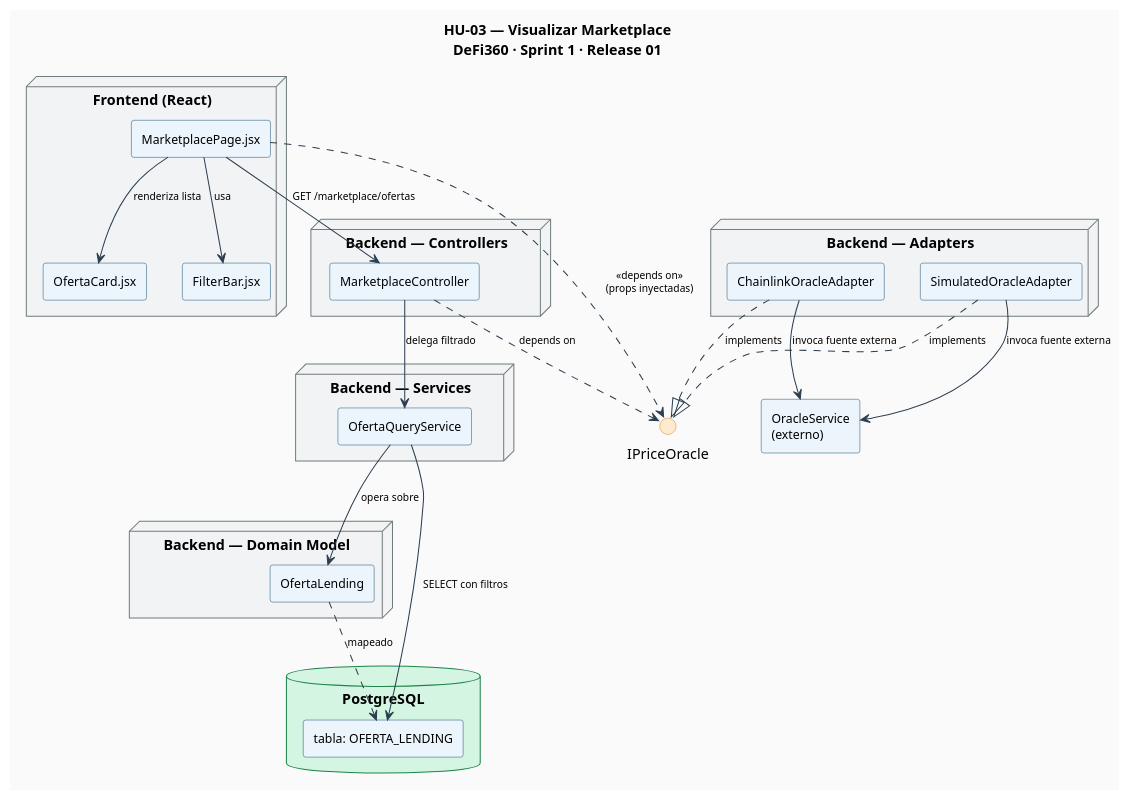
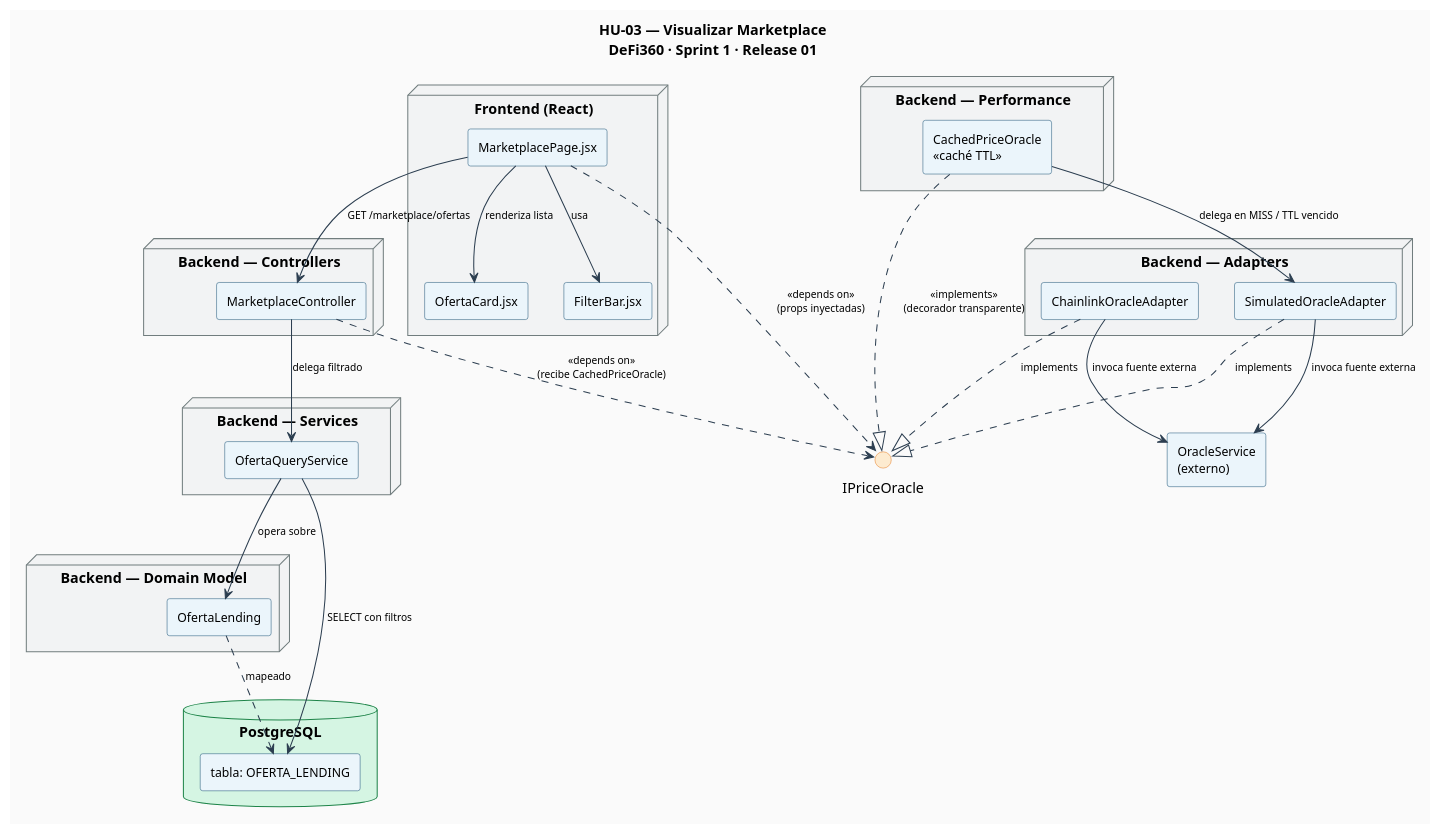
Before and after one commit to Brando-01/Software2: the diagram in Diagramas/Diagrama Componentes HU-03_Visualizar_Marketplace.puml, drawn with PlantUML. The commit also changed 39 other files, not shown here.

First line of the commit message:
feat(arch): tactica de performance Cache con TTL sobre el oraculo de precios

```diff
--- a/Diagramas/Diagrama Componentes HU-03_Visualizar_Marketplace.puml
+++ b/Diagramas/Diagrama Componentes HU-03_Visualizar_Marketplace.puml
@@ -1,91 +1,99 @@
 @startuml HU-03_Visualizar_Marketplace
 title HU-03 — Visualizar Marketplace\nDeFi360 · Sprint 1 · Release 01
 
 skinparam componentStyle rectangle
 skinparam backgroundColor #FAFAFA
 skinparam component {
   BackgroundColor #EBF5FB
   BorderColor #1A5276
   FontSize 12
 }
 skinparam interface {
   BackgroundColor #FDEBD0
   BorderColor #E67E22
 }
 skinparam node {
   BackgroundColor #F2F3F4
   BorderColor #717D7E
 }
 skinparam database {
   BackgroundColor #D5F5E3
   BorderColor #1E8449
 }
 skinparam arrow {
   Color #2C3E50
   FontSize 10
 }
 
 ' ─── FRONTEND ──────────────────────────────────────────────────
 node "Frontend (React)" {
   [MarketplacePage.jsx] as MktPage
   [OfertaCard.jsx] as OfertaCard
   [FilterBar.jsx] as FilterBar
   
 }
 
 ' ─── INTERFAZ ORACLE (DIP + OCP) ───────────────────────────────
 interface "IPriceOracle" as IOracle
 
 
 ' ─── ADAPTER ───────────────────────────────────────────────────
 node "Backend — Adapters" {
   [SimulatedOracleAdapter] as SimOracle
   [ChainlinkOracleAdapter] as ChainOracle
-  
+
+}
+
+' ─── TÁCTICA DE PERFORMANCE: CACHÉ CON TTL ─────────────────────
+node "Backend — Performance" {
+  [CachedPriceOracle\n«caché TTL»] as CacheOracle
+
 }
 
 ' ─── SERVICIO DE CONSULTA ──────────────────────────────────────
 node "Backend — Services" {
   [OfertaQueryService] as OQuery
   
 }
 
 ' ─── CONTROLADOR ───────────────────────────────────────────────
 node "Backend — Controllers" {
   [MarketplaceController] as MktCtrl
   
 }
 
 ' ─── ENTIDAD / MODELO ──────────────────────────────────────────
 node "Backend — Domain Model" {
   [OfertaLending] as OfertaModel
   
 }
 
 ' ─── BASE DE DATOS ─────────────────────────────────────────────
 database "PostgreSQL" as PG {
   [tabla: OFERTA_LENDING] as TblOferta
 }
 
 ' ─── FUENTE EXTERNA ────────────────────────────────────────────
 [OracleService\n(externo)] as ExtOracle
 
 ' ─── RELACIONES ────────────────────────────────────────────────
 MktPage       --> FilterBar         : usa
 MktPage       --> OfertaCard        : renderiza lista
 
 MktPage       ..> IOracle           : «depends on»\n(props inyectadas)
 SimOracle     ..|> IOracle          : «implements»
 ChainOracle   ..|> IOracle          : «implements»
+CacheOracle   ..|> IOracle          : «implements»\n(decorador transparente)
+CacheOracle   --> SimOracle         : delega en MISS / TTL vencido
 SimOracle     --> ExtOracle         : invoca fuente externa
 ChainOracle   --> ExtOracle         : invoca fuente externa
 
 MktPage       --> MktCtrl           : GET /marketplace/ofertas
 
-MktCtrl       ..> IOracle           : «depends on»
+MktCtrl       ..> IOracle           : «depends on»\n(recibe CachedPriceOracle)
 MktCtrl       --> OQuery            : delega filtrado
 OQuery        --> OfertaModel       : opera sobre
 OQuery        --> TblOferta         : SELECT con filtros
 OfertaModel   ..> TblOferta         : mapeado
 
 @enduml
```
